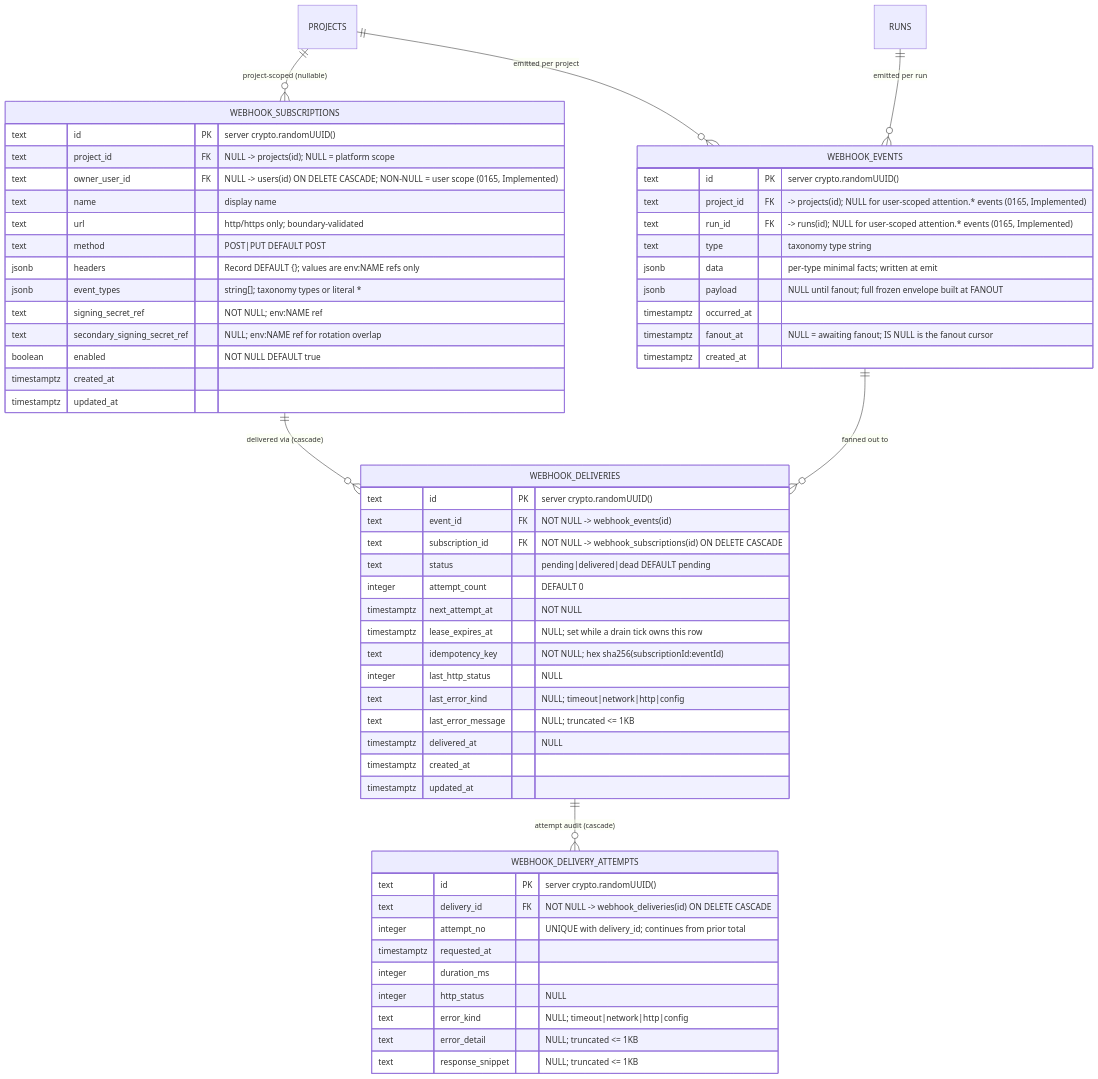
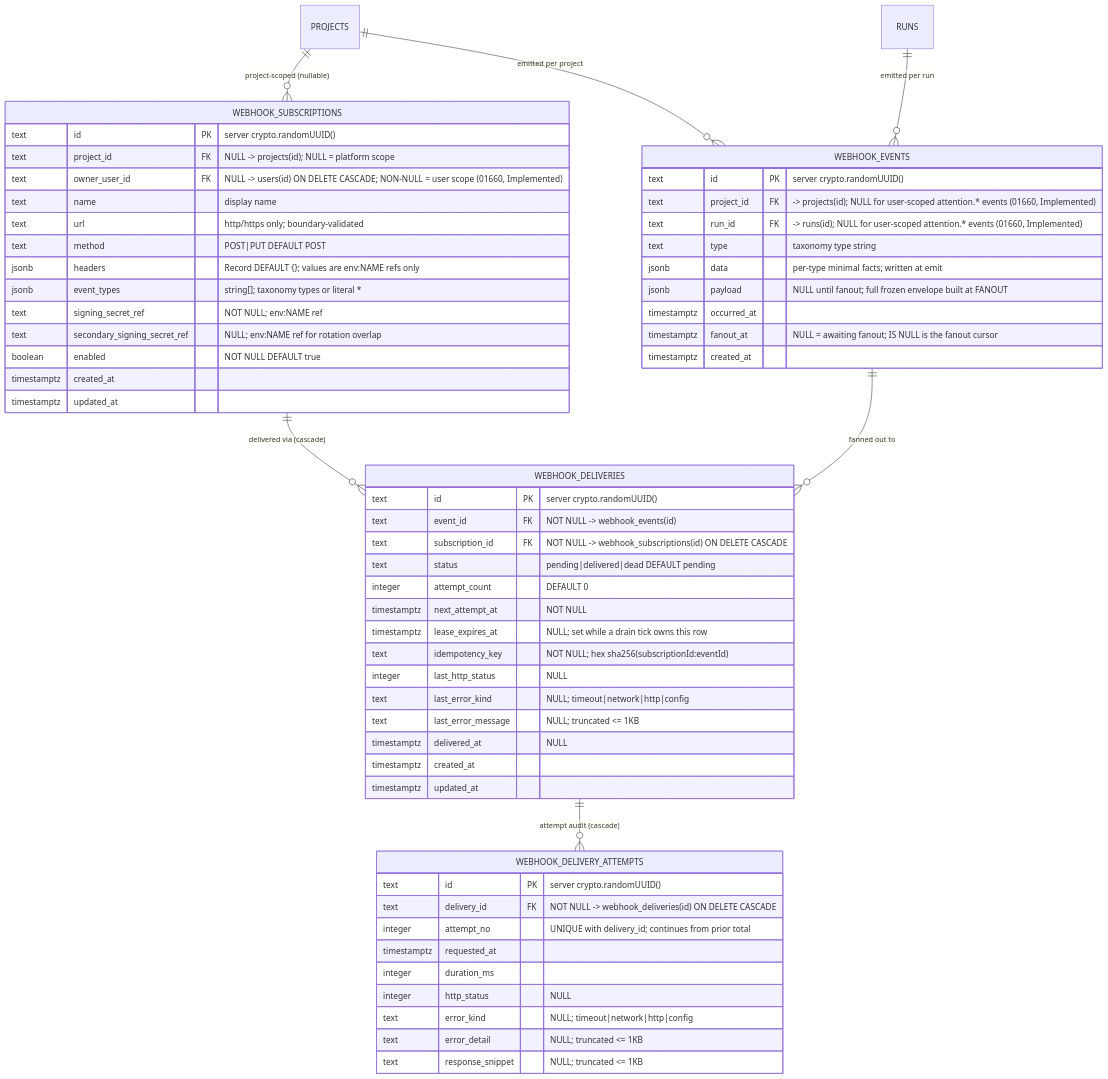
One commit to maister-dev/maister changed the diagram in docs/db/webhooks.md. Above: the diagram before and after it, drawn with Mermaid. The commit also changed other lines of this file and 148 other files, not shown here.

````diff
--- a/docs/db/webhooks.md
+++ b/docs/db/webhooks.md
@@ -43,66 +43,66 @@
 ```mermaid
 erDiagram
     PROJECTS ||--o{ WEBHOOK_SUBSCRIPTIONS : "project-scoped (nullable)"
     PROJECTS ||--o{ WEBHOOK_EVENTS : "emitted per project"
     RUNS ||--o{ WEBHOOK_EVENTS : "emitted per run"
     WEBHOOK_EVENTS ||--o{ WEBHOOK_DELIVERIES : "fanned out to"
     WEBHOOK_SUBSCRIPTIONS ||--o{ WEBHOOK_DELIVERIES : "delivered via (cascade)"
     WEBHOOK_DELIVERIES ||--o{ WEBHOOK_DELIVERY_ATTEMPTS : "attempt audit (cascade)"
 
     WEBHOOK_SUBSCRIPTIONS {
         text id PK "server crypto.randomUUID()"
         text project_id FK "NULL -> projects(id); NULL = platform scope"
-        text owner_user_id FK "NULL -> users(id) ON DELETE CASCADE; NON-NULL = user scope (0165, Implemented)"
+        text owner_user_id FK "NULL -> users(id) ON DELETE CASCADE; NON-NULL = user scope (01660, Implemented)"
         text name "display name"
         text url "http/https only; boundary-validated"
         text method "POST|PUT DEFAULT POST"
         jsonb headers "Record<string,string> DEFAULT {}; values are env:NAME refs only"
         jsonb event_types "string[]; taxonomy types or literal *"
         text signing_secret_ref "NOT NULL; env:NAME ref"
         text secondary_signing_secret_ref "NULL; env:NAME ref for rotation overlap"
         boolean enabled "NOT NULL DEFAULT true"
         timestamptz created_at
         timestamptz updated_at
     }
 
     WEBHOOK_EVENTS {
         text id PK "server crypto.randomUUID()"
-        text project_id FK "-> projects(id); NULL for user-scoped attention.* events (0165, Implemented)"
-        text run_id FK "-> runs(id); NULL for user-scoped attention.* events (0165, Implemented)"
+        text project_id FK "-> projects(id); NULL for user-scoped attention.* events (01660, Implemented)"
+        text run_id FK "-> runs(id); NULL for user-scoped attention.* events (01660, Implemented)"
         text type "taxonomy type string"
         jsonb data "per-type minimal facts; written at emit"
         jsonb payload "NULL until fanout; full frozen envelope built at FANOUT"
         timestamptz occurred_at
         timestamptz fanout_at "NULL = awaiting fanout; IS NULL is the fanout cursor"
         timestamptz created_at
     }
 
     WEBHOOK_DELIVERIES {
         text id PK "server crypto.randomUUID()"
         text event_id FK "NOT NULL -> webhook_events(id)"
         text subscription_id FK "NOT NULL -> webhook_subscriptions(id) ON DELETE CASCADE"
         text status "pending|delivered|dead DEFAULT pending"
         integer attempt_count "DEFAULT 0"
         timestamptz next_attempt_at "NOT NULL"
         timestamptz lease_expires_at "NULL; set while a drain tick owns this row"
         text idempotency_key "NOT NULL; hex sha256(subscriptionId:eventId)"
         integer last_http_status "NULL"
         text last_error_kind "NULL; timeout|network|http|config"
         text last_error_message "NULL; truncated <= 1KB"
         timestamptz delivered_at "NULL"
         timestamptz created_at
         timestamptz updated_at
     }
 
     WEBHOOK_DELIVERY_ATTEMPTS {
         text id PK "server crypto.randomUUID()"
         text delivery_id FK "NOT NULL -> webhook_deliveries(id) ON DELETE CASCADE"
         integer attempt_no "UNIQUE with delivery_id; continues from prior total"
         timestamptz requested_at
         integer duration_ms
         integer http_status "NULL"
         text error_kind "NULL; timeout|network|http|config"
         text error_detail "NULL; truncated <= 1KB"
         text response_snippet "NULL; truncated <= 1KB"
     }
 ```
````
